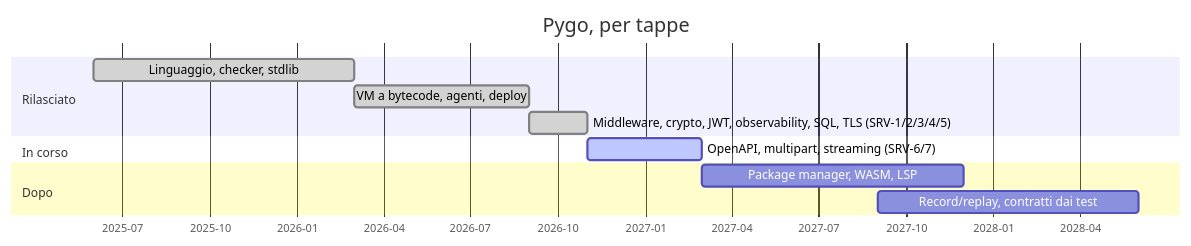
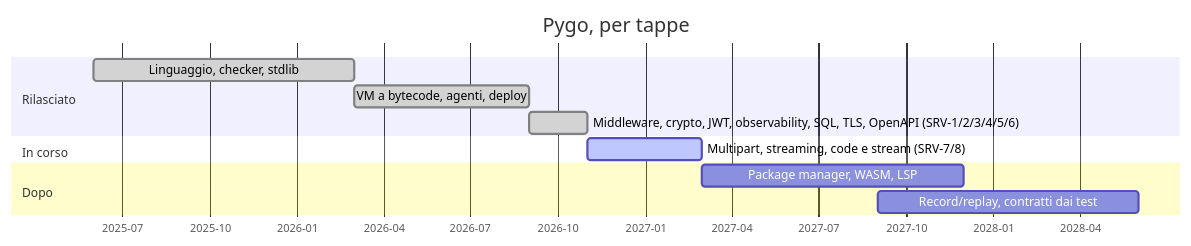
Before and after one commit to marcodc74/pygo: the third of 3 diagrams in README.md, drawn with Mermaid. The commit also changed other lines of this file and 12 other files, not shown here.

````diff
--- a/README.md
+++ b/README.md
@@ -449,15 +449,15 @@
 ```mermaid
 gantt
     title Pygo, per tappe
     dateFormat YYYY-MM-DD
     axisFormat %Y-%m
     section Rilasciato
     Linguaggio, checker, stdlib        :done, 2025-06-01, 2026-03-01
     VM a bytecode, agenti, deploy      :done, 2026-03-01, 2026-09-01
-    Middleware, crypto, JWT, observability, SQL, TLS (SRV-1/2/3/4/5) :done, 2026-09-01, 2026-11-01
+    Middleware, crypto, JWT, observability, SQL, TLS, OpenAPI (SRV-1/2/3/4/5/6) :done, 2026-09-01, 2026-11-01
     section In corso
-    OpenAPI, multipart, streaming (SRV-6/7) :active, 2026-11-01, 2027-03-01
+    Multipart, streaming, code e stream (SRV-7/8) :active, 2026-11-01, 2027-03-01
     section Dopo
     Package manager, WASM, LSP         :2027-03-01, 2027-12-01
     Record/replay, contratti dai test  :2027-09-01, 2028-06-01
 ```
````
